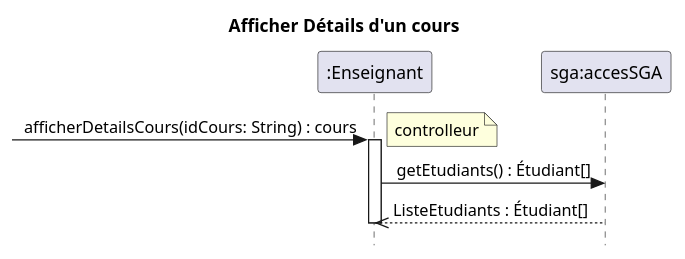
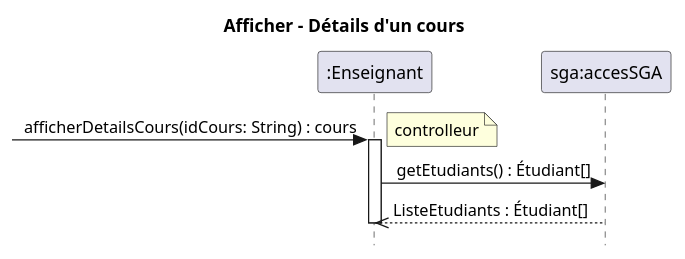
One commit to xMrYahya/moodle-clone changed the diagram in docs/modeles/cu01/rdcu-afficherDetailsCours.puml. Above: the diagram before and after it, drawn with PlantUML. The commit also changed 4 other files, not shown here.

```diff
--- a/docs/modeles/cu01/rdcu-afficherDetailsCours.puml
+++ b/docs/modeles/cu01/rdcu-afficherDetailsCours.puml
@@ -1,16 +1,16 @@
 @startuml
-title Afficher Détails d'un cours
+title Afficher - Détails d'un cours
 skinparam Style strictuml
 skinparam sequenceMessageAlign center
 
 participant ":Enseignant"  as enseignant
 participant "sga:accesSGA" as sga
 
  -> enseignant : afficherDetailsCours(idCours: String) : cours
 note right: controlleur
 activate enseignant
 enseignant -> sga : getEtudiants() : Étudiant[]
 sga -->> enseignant : ListeEtudiants : Étudiant[]
 
 deactivate enseignant
 @enduml
```
